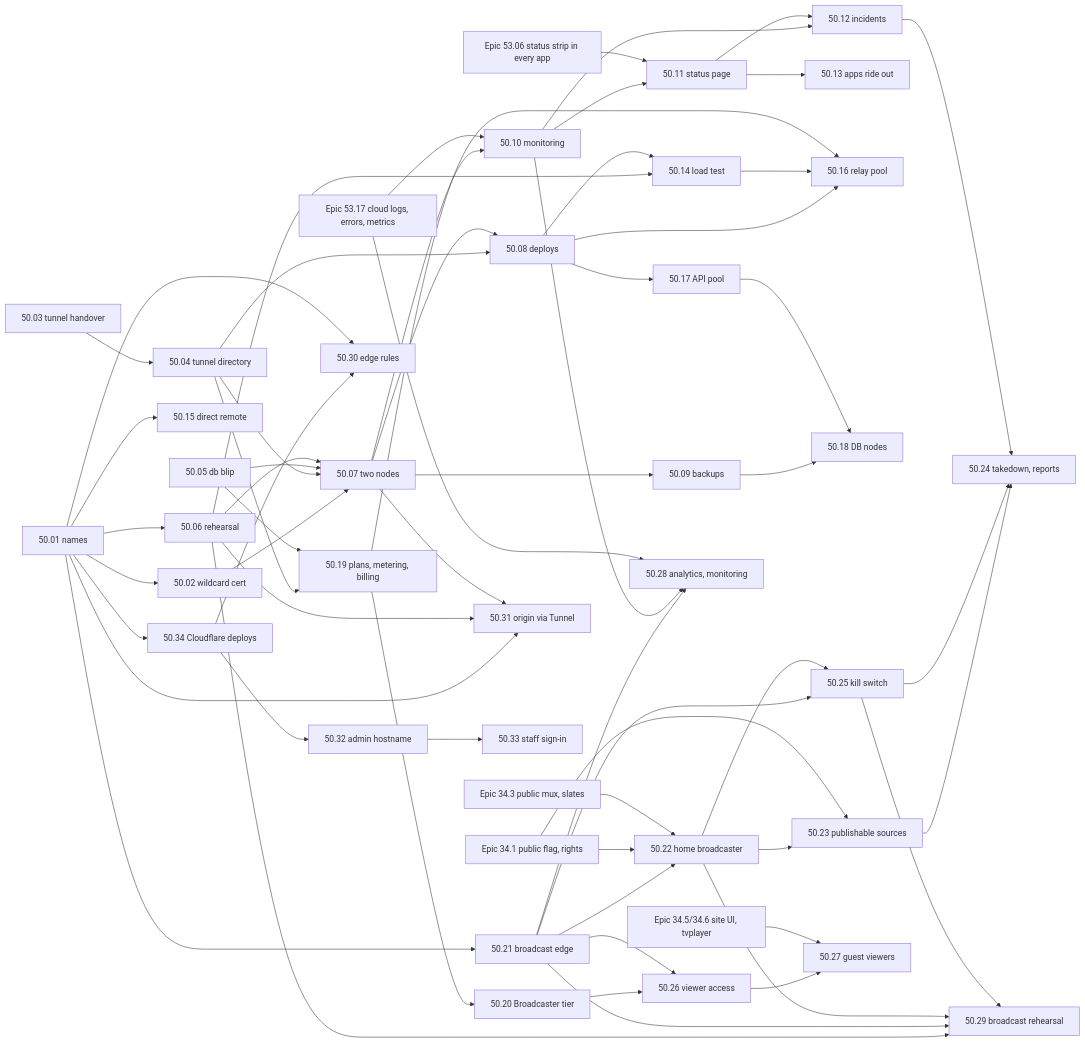
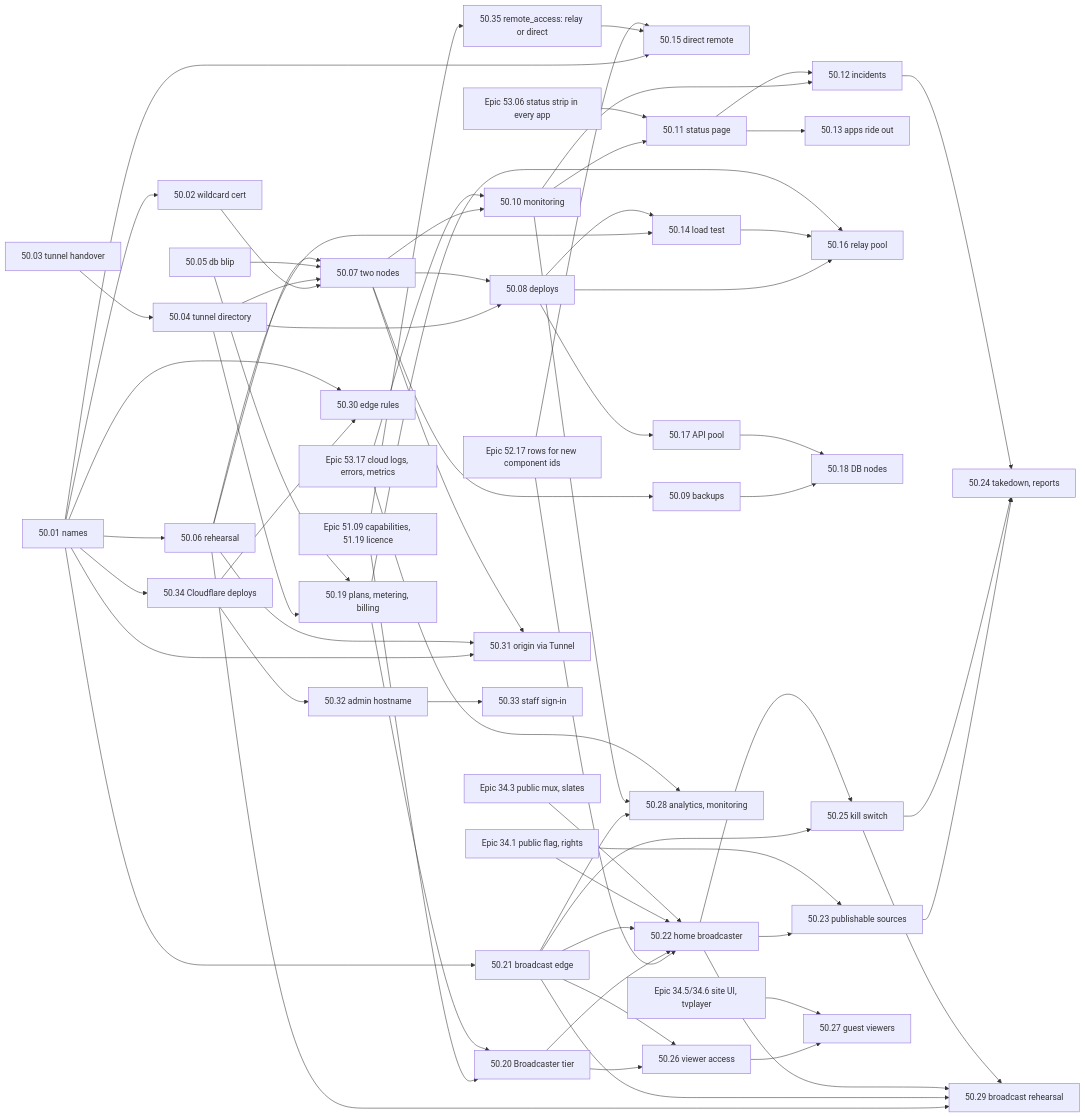
Before and after one commit to Hamza-Labs-Core/Maktaba: the diagram in specs/epics/50-cloud-no-downtime/README.md, drawn with Mermaid. The commit also changed other lines of this file and 88 other files, not shown here.

````diff
--- a/specs/epics/50-cloud-no-downtime/README.md
+++ b/specs/epics/50-cloud-no-downtime/README.md
@@ -407,62 +445,68 @@
 ```mermaid
 graph LR
   S01[50.01 names] --> S02[50.02 wildcard cert]
   S01 --> S06[50.06 rehearsal]
   S01 --> S15[50.15 direct remote]
+  E51_09[Epic 51.09 capabilities, 51.19 licence] --> S35[50.35 remote_access: relay or direct]
+  S35 --> S15
+  E52_17[Epic 52.17 rows for new component ids] --> S15
+  E52_17 --> S22
+  E51_09 --> S20
   S03[50.03 tunnel handover] --> S04[50.04 tunnel directory]
   S02 --> S07[50.07 two nodes]
   S04 --> S07
   S05[50.05 db blip] --> S07
   S06 --> S07
   S04 --> S08[50.08 deploys]
   S07 --> S08
   S07 --> S09[50.09 backups]
   S07 --> S10[50.10 monitoring]
   S10 --> S11[50.11 status page]
   E53_17[Epic 53.17 cloud logs, errors, metrics] --> S10
   E53_06[Epic 53.06 status strip in every app] --> S11
   S10 --> S12[50.12 incidents]
   S11 --> S12
   S11 --> S13[50.13 apps ride out]
   S06 --> S14[50.14 load test]
   S08 --> S14
   S08 --> S16[50.16 relay pool]
   S14 --> S16
   S08 --> S17[50.17 API pool]
   S09 --> S18[50.18 DB nodes]
   S17 --> S18
   S04 --> S19[50.19 plans, metering, billing]
   S05 --> S19
   S19 --> S16
   S19 --> S20[50.20 Broadcaster tier]
+  S20 --> S22
   S01 --> S21[50.21 broadcast edge]
   S21 --> S22[50.22 home broadcaster]
   E34_1[Epic 34.1 public flag, rights] --> S22
   E34_3[Epic 34.3 public mux, slates] --> S22
   S22 --> S23[50.23 publishable sources]
   E34_1 --> S23
   S21 --> S25[50.25 kill switch]
   S22 --> S25
   S23 --> S24[50.24 takedown, reports]
   S25 --> S24
   S12 --> S24
   S20 --> S26[50.26 viewer access]
   S21 --> S26
   S26 --> S27[50.27 guest viewers]
   E34_5[Epic 34.5/34.6 site UI, tvplayer] --> S27
   S21 --> S28[50.28 analytics, monitoring]
   S10 --> S28
   E53_17 --> S28
   S06 --> S29[50.29 broadcast rehearsal]
   S21 --> S29
   S22 --> S29
   S25 --> S29
   S01 --> S34[50.34 Cloudflare deploys]
   S34 --> S30[50.30 edge rules]
   S01 --> S30
   S01 --> S31[50.31 origin via Tunnel]
   S06 --> S31
   S07 --> S31
   S34 --> S32[50.32 admin hostname]
   S32 --> S33[50.33 staff sign-in]
 ```
````
